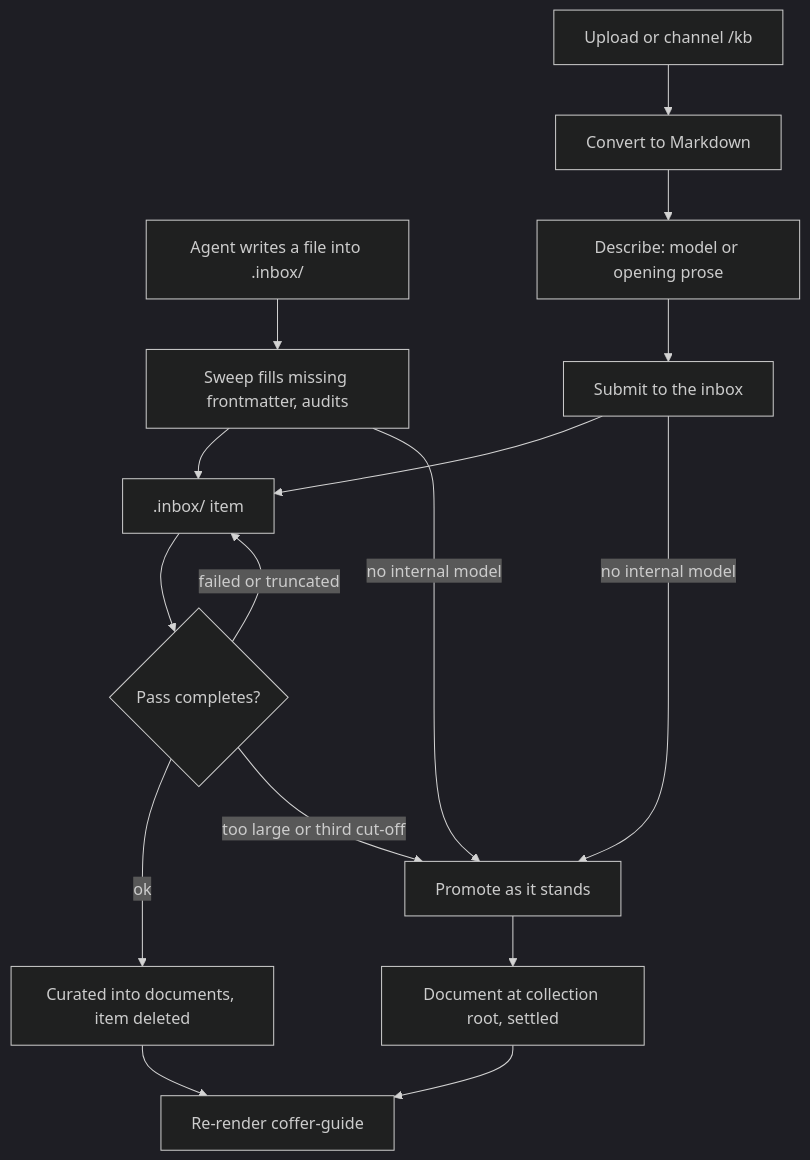
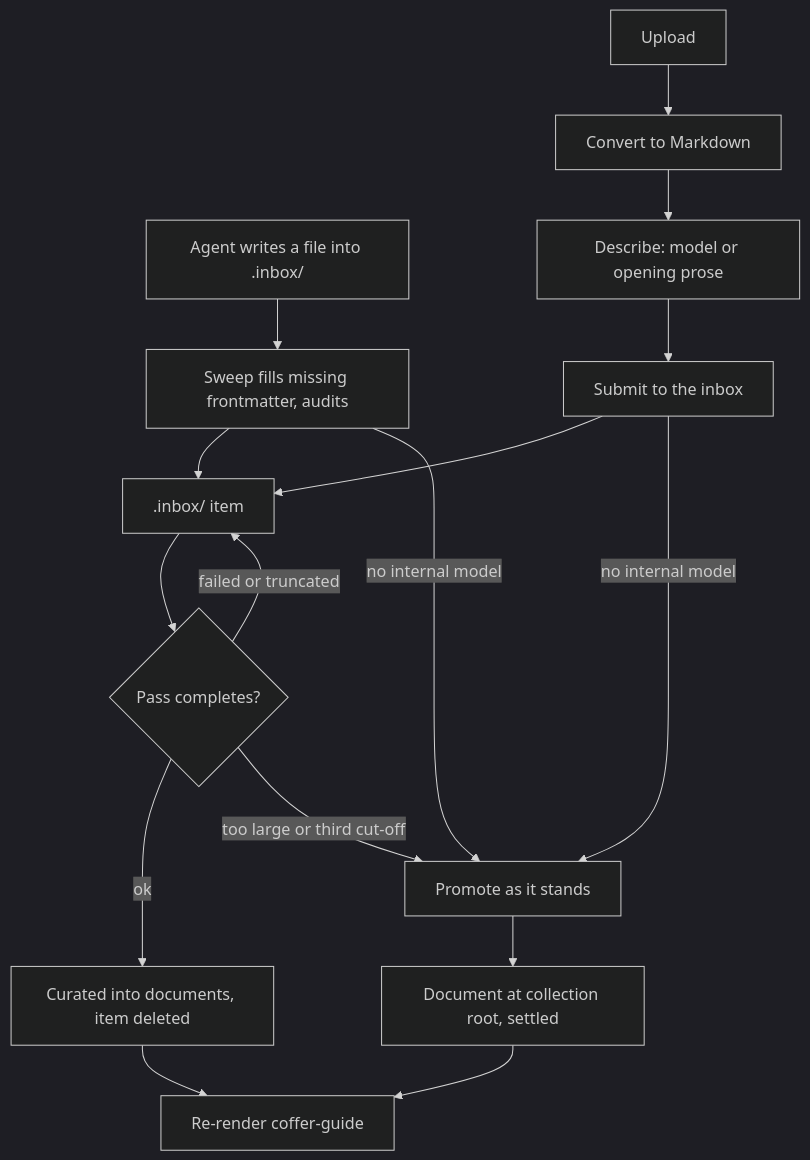
The first of 3 diagrams in docs-site/architecture/knowledge.md (wyx-sg/Coffer), drawn with Mermaid (dark theme) before and after one commit. The commit also changed other lines of this file and 66 other files, not shown here.

````diff
--- a/docs-site/architecture/knowledge.md
+++ b/docs-site/architecture/knowledge.md
@@ -98,18 +97,18 @@
 ```mermaid
 flowchart TD
   W["Agent writes a file into .inbox/"] --> N["Sweep fills missing frontmatter, audits"]
-  U["Upload or channel /kb"] --> C["Convert to Markdown"]
+  U["Upload"] --> C["Convert to Markdown"]
   C --> D["Describe: model or opening prose"]
   D --> S["Submit to the inbox"]
   S --> I[".inbox/ item"]
   N --> I
   S -->|"no internal model"| P["Promote as it stands"]
   N -->|"no internal model"| P
   I --> Q{"Pass completes?"}
   Q -->|"ok"| M["Curated into documents, item deleted"]
   Q -->|"failed or truncated"| I
   Q -->|"too large or third cut-off"| P
   P --> DOC["Document at collection root, settled"]
   M --> G["Re-render coffer-guide"]
   DOC --> G
 ```
````
